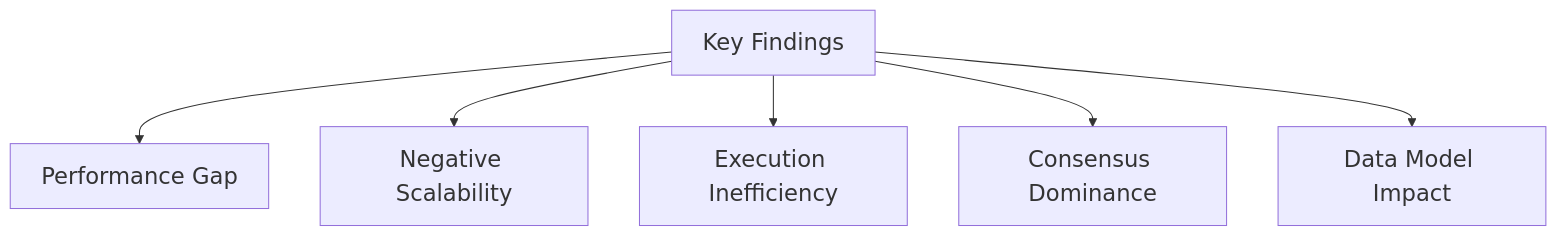
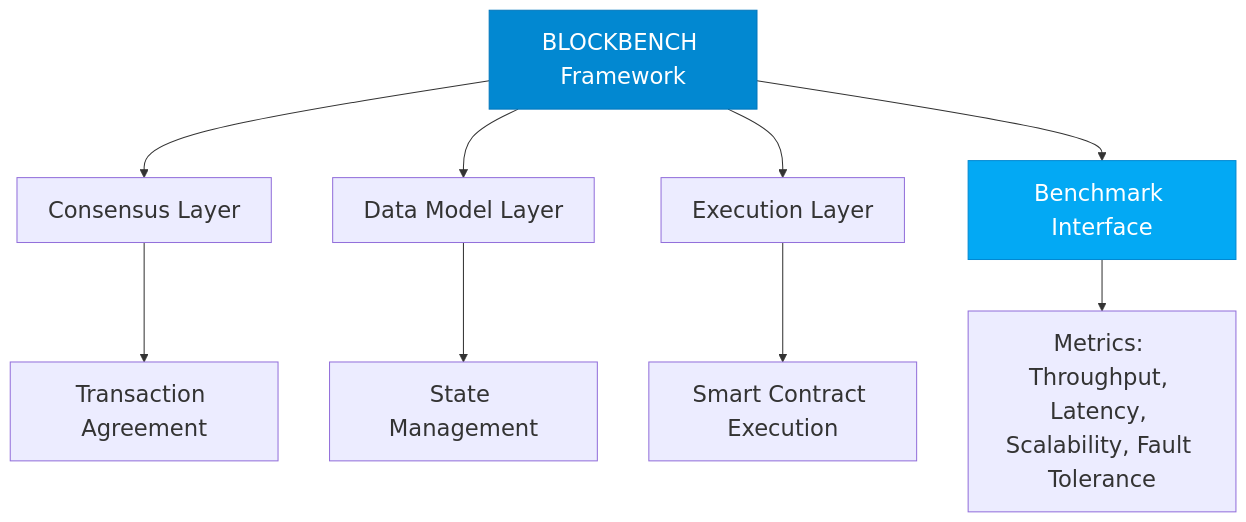
Before and after one commit to ces0491/blockbench-presentation: the seventh of 10 diagrams in blockbench-presentation.qmd, drawn with Mermaid. The commit also changed other lines of this file and 11 other files, not shown here.

````diff
--- a/blockbench-presentation.qmd
+++ b/blockbench-presentation.qmd
@@ -547,9 +558,14 @@
 ```{mermaid}
-%%{init: {'theme': 'default', 'themeVariables': { 'fontSize': '22px', 'primaryColor': '#7C0000', 'primaryBorderColor': '#7C0000', 'primaryTextColor': '#fff', 'secondaryColor': '#006100', 'secondaryBorderColor': '#006100', 'secondaryTextColor': '#fff' }}}%%
+%%{init: {'theme': 'default', 'themeVariables': {'fontSize': '22px'}}}%%
 graph TD
-    A[Key Findings] --> B[Performance Gap]
-    A --> C[Negative Scalability]
-    A --> D[Execution Inefficiency]
-    A --> E[Consensus Dominance]
-    A --> F[Data Model Impact]
+    A[BLOCKBENCH Framework] --> B[Consensus Layer]
+    A --> C[Data Model Layer]
+    A --> D[Execution Layer]
+    B --> B1[Transaction Agreement]
+    C --> C1[State Management]
+    D --> D1[Smart Contract Execution]
+    A --> E[Benchmark Interface]
+    E --> F[Metrics: Throughput, Latency, Scalability, Fault Tolerance]
+    style A fill:#0288d1,stroke:#0277bd,color:#fff
+    style E fill:#03a9f4,stroke:#0288d1,color:#fff
 ```
````
